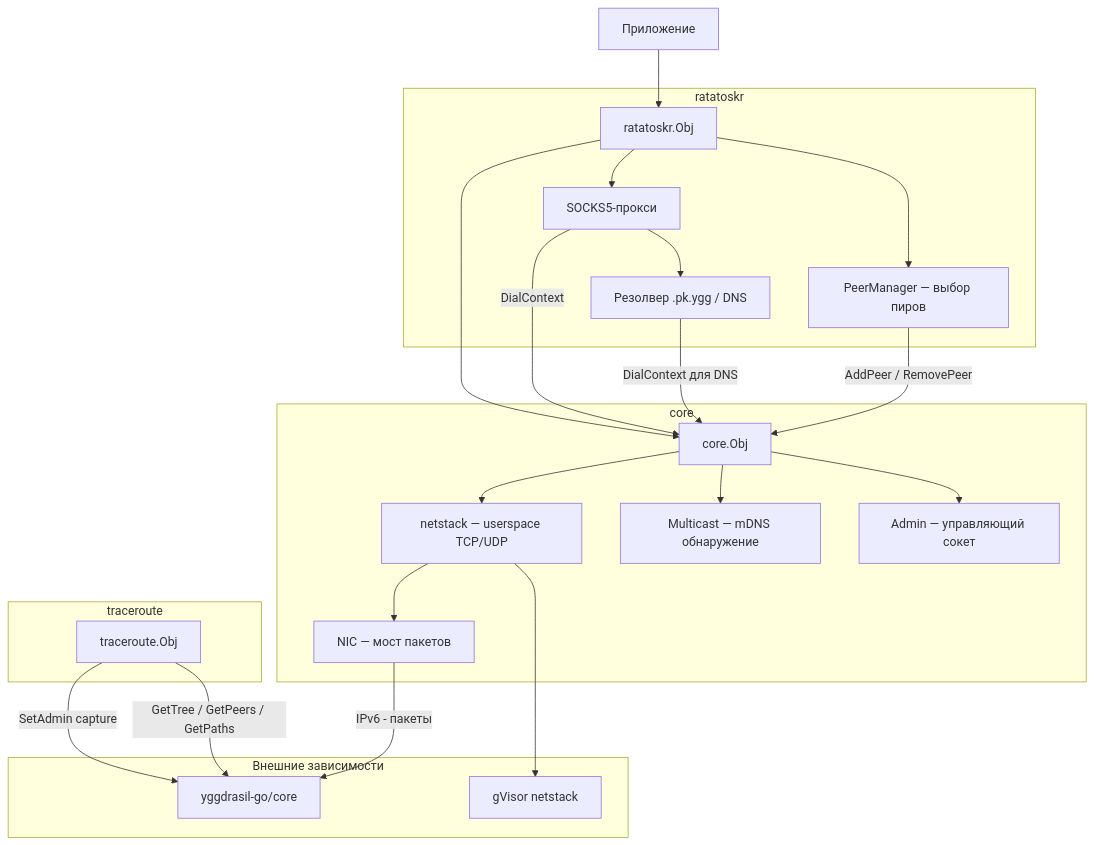
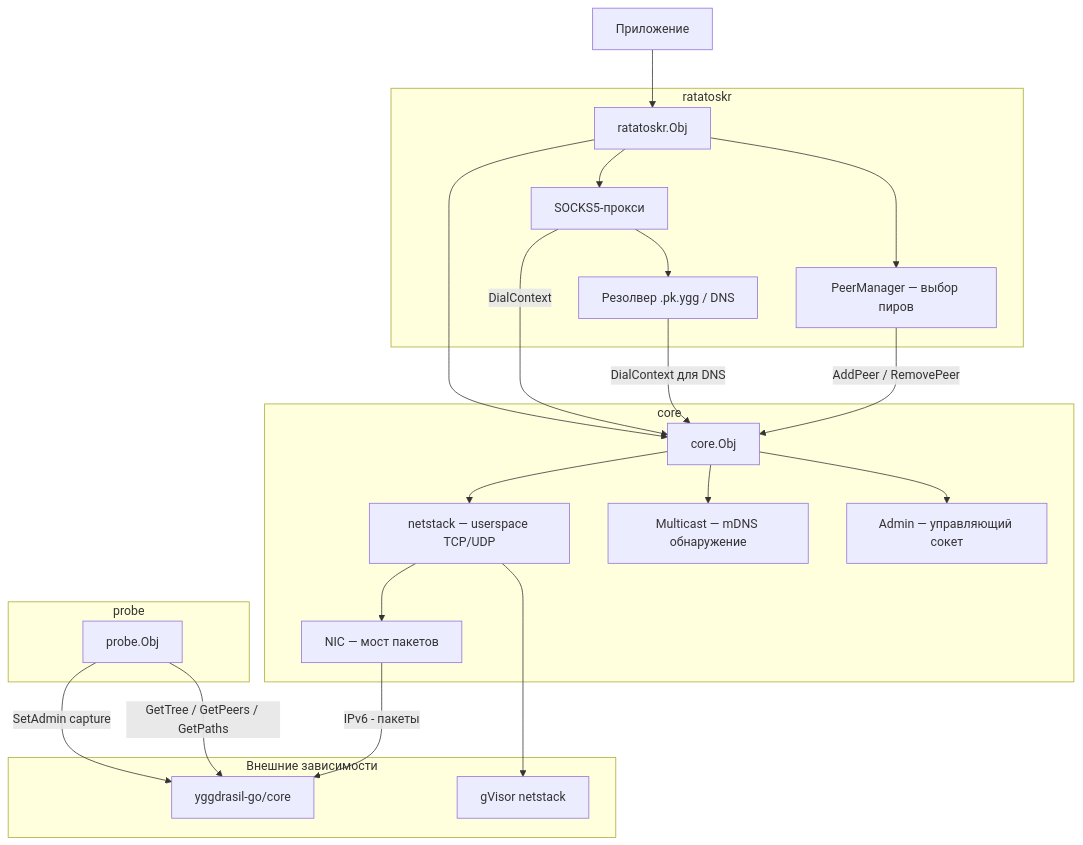
Before and after one commit to voluminor/ratatoskr: the first of 16 diagrams in README.RU.md, drawn with Mermaid. The commit also changed other lines of this file and 29 other files, not shown here.

````diff
--- a/README.RU.md
+++ b/README.RU.md
@@ -157,47 +157,47 @@
 ```mermaid
 graph TB
     App[Приложение]
 
 subgraph ratatoskr
 Obj[ratatoskr.Obj]
 SOCKS[SOCKS5-прокси]
 Resolver[Резолвер .pk.ygg / DNS]
 PeerMgr[PeerManager — выбор пиров]
 end
 
-subgraph traceroute
-TR[traceroute.Obj]
+subgraph probe
+TR[probe.Obj]
 end
 
 subgraph core
 CoreObj[core.Obj]
 Netstack[netstack — userspace TCP/UDP]
 NIC[NIC — мост пакетов]
 Multicast[Multicast — mDNS обнаружение]
 Admin[Admin — управляющий сокет]
 end
 
 subgraph external [Внешние зависимости]
 YggCore[yggdrasil-go/core]
 gVisor[gVisor netstack]
 end
 
 App --> Obj
 Obj --> CoreObj
 Obj --> SOCKS
 Obj --> PeerMgr
 SOCKS --> Resolver
 SOCKS -->|DialContext|CoreObj
 Resolver -->|DialContext для DNS|CoreObj
 PeerMgr -->|AddPeer / RemovePeer|CoreObj
 
 TR -->|SetAdmin capture|YggCore
 TR -->|GetTree / GetPeers / GetPaths|YggCore
 
 CoreObj --> Netstack
 CoreObj --> Multicast
 CoreObj --> Admin
 Netstack --> NIC
 NIC -->|IPv6 - пакеты|YggCore
 Netstack --> gVisor
 ```
````
